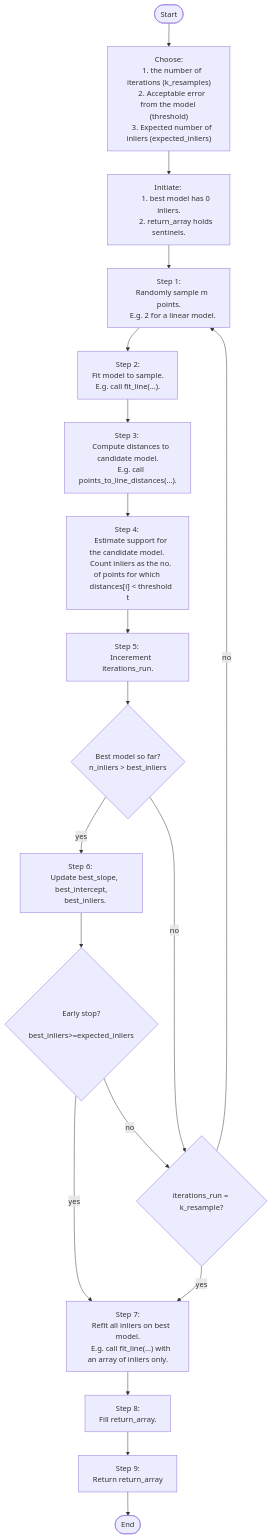
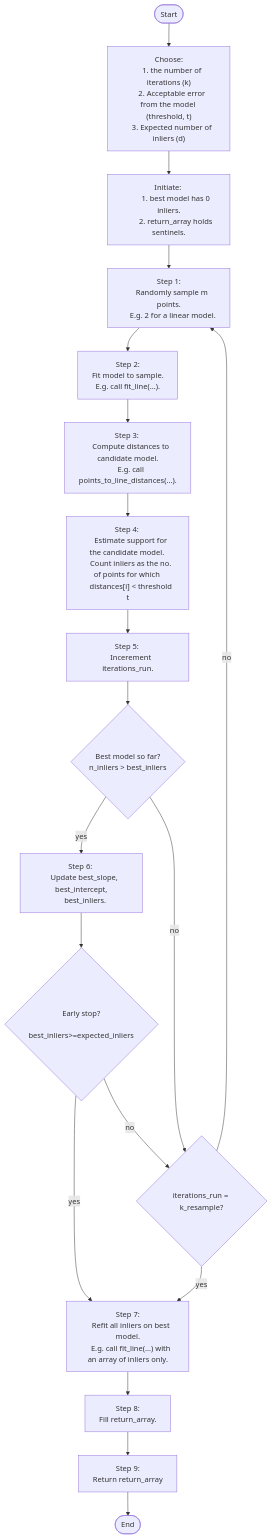
One commit to arshsinghphd/RANSAC-analysis changed the first of 2 diagrams in README.md. Above: the diagram before and after it, drawn with Mermaid. The commit also changed other lines of this file, not shown here.

Commit message:
start working on the report - introduction

````diff
--- a/README.md
+++ b/README.md
@@ -164,75 +168,75 @@
 ```mermaid
 flowchart TD
     A([Start]) --> B1
 
     B1[" Choose:
-    1. the number of iterations (k_resamples)
-    2. Acceptable error from the model (threshold)
-    3. Expected number of inliers (expected_inliers)"]
+    1. the number of iterations (k)
+    2. Acceptable error from the model (threshold, t)
+    3. Expected number of inliers (d)"]
     B1 --> B2
 
     B2["Initiate: 
         1. best model has 0 inliers.
         2. return_array holds sentinels."]
     B2 --> B
 
     B["Step 1:
     Randomly sample m points.
     E.g. 2 for a linear model."]
     
     B --> C
 
     C["Step 2: 
     Fit model to sample.
     E.g. call fit_line(...)."]
     C --> D
 
     D["Step 3: 
     Compute distances to candidate model.
     E.g. call points_to_line_distances(...)."]
     D --> E
 
     E["Step 4: 
     Estimate support for the candidate model. 
     Count inliers as the no. of points for which 
     distances[i] < threshold t"]
     E --> F1
 
     F1["Step 5: 
     Incerement iterations_run."]
     F1 --> F
 
     F{"Best model so far?
     n_inliers > best_inliers"}
     F -- yes --> G
     F -- no --> I
 
     G["Step 6: 
     Update best_slope, best_intercept,
     best_inliers."]
     G --> H
 
     H{"Early stop?
     best_inliers>=expected_inliers"}
     H -- yes --> L
     H -- no --> I
 
     I{"iterations_run = k_resample?"}
     I -- no --> B
     I -- yes --> L
     
     L["Step 7:
     Refit all inliers on best model.
     E.g. call fit_line(...) with an array of inliers only."]
     L --> L1
     
     L1["Step 8:
     Fill return_array."]
     L1 --> M
 
     M["Step 9: 
     Return return_array"]
     M --> P
 
     P([End])
 ```
````
